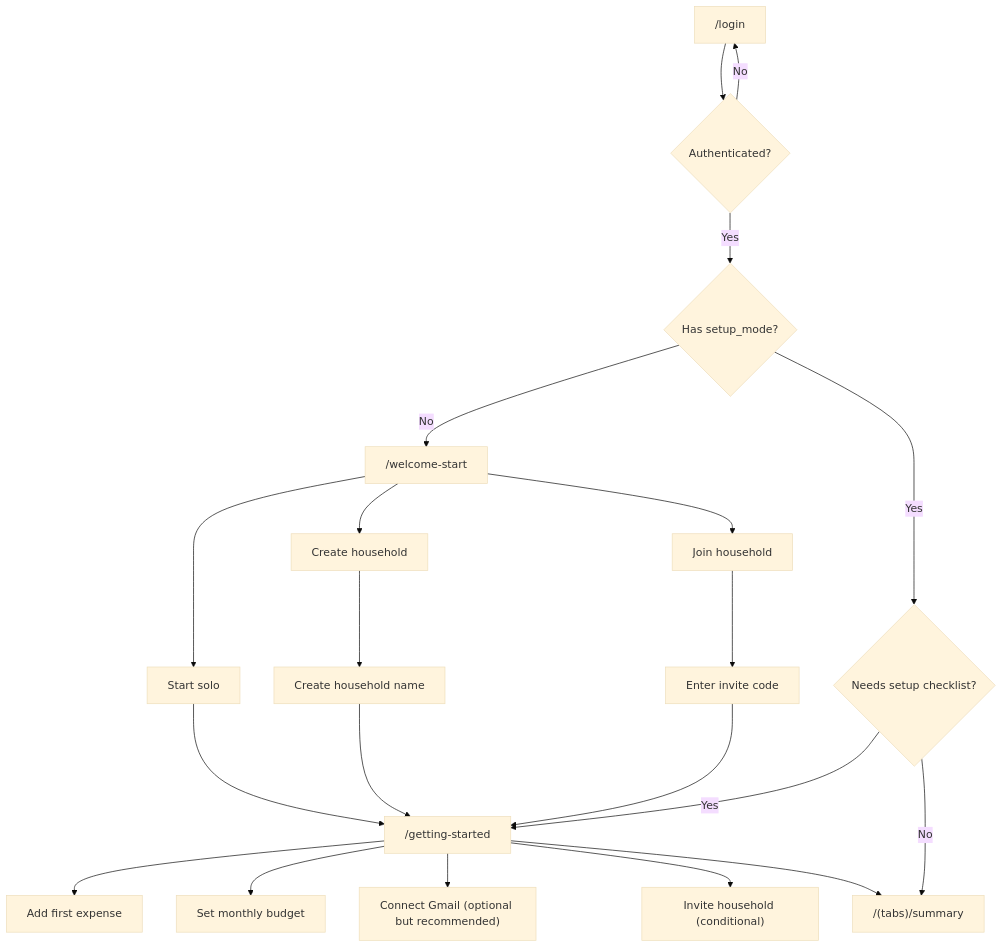
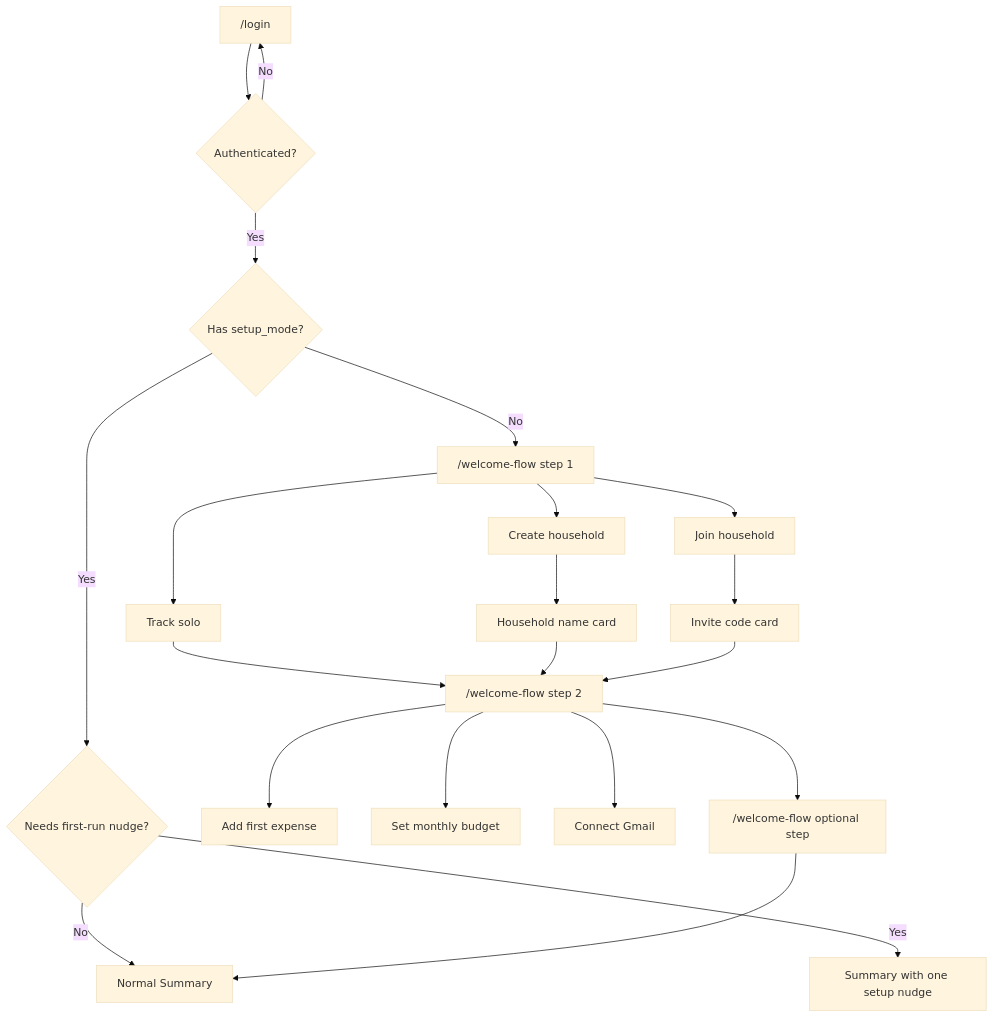
The diagram in docs/superpowers/specs/2026-05-03-new-user-flow-redesign.md (idonotmatch/curioustrio), drawn with Mermaid (base theme) before and after one commit. The commit also changed other lines of this file and 7 other files, not shown here.

Commit message:
Simplify new user flow mockups

````diff
--- a/docs/superpowers/specs/2026-05-03-new-user-flow-redesign.md
+++ b/docs/superpowers/specs/2026-05-03-new-user-flow-redesign.md
@@ -63,28 +75,28 @@
 ```mermaid
 flowchart TD
     A["/login"] --> B{"Authenticated?"}
     B -- "No" --> A
     B -- "Yes" --> C{"Has setup_mode?"}
-    C -- "No" --> D["/welcome-start"]
-    C -- "Yes" --> E{"Needs setup checklist?"}
-    E -- "Yes" --> F["/getting-started"]
-    E -- "No" --> G["/(tabs)/summary"]
+    C -- "No" --> D["/welcome-flow step 1"]
+    C -- "Yes" --> E{"Needs first-run nudge?"}
+    E -- "Yes" --> F["Summary with one setup nudge"]
+    E -- "No" --> G["Normal Summary"]
 
-    D --> D1["Start solo"]
+    D --> D1["Track solo"]
     D --> D2["Create household"]
     D --> D3["Join household"]
 
-    D1 --> F
-    D2 --> H["Create household name"]
-    D3 --> I["Enter invite code"]
+    D1 --> H["/welcome-flow step 2"]
+    D2 --> D4["Household name card"]
+    D3 --> D5["Invite code card"]
 
-    H --> F
-    I --> F
+    D4 --> H
+    D5 --> H
 
-    F --> F1["Add first expense"]
-    F --> F2["Set monthly budget"]
-    F --> F3["Connect Gmail (optional but recommended)"]
-    F --> F4["Invite household (conditional)"]
+    H --> H1["Add first expense"]
+    H --> H2["Set monthly budget"]
+    H --> H3["Connect Gmail"]
 
-    F --> G
+    H --> I["/welcome-flow optional step"]
+    I --> G
 ```
````
